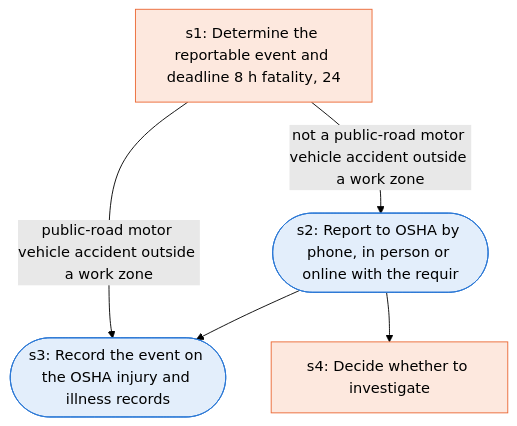
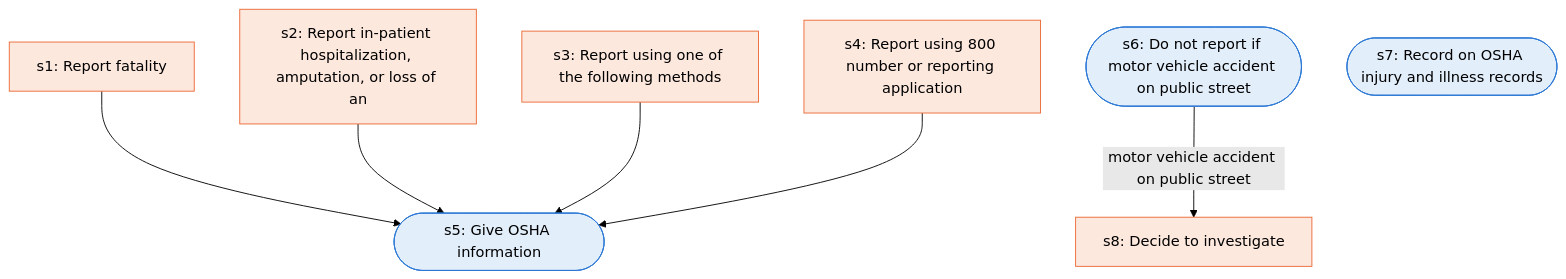
One commit to Jitesh-Mishra/sop-to-agent-workflows changed the diagram in docs/runbooks/osha_severe_injury_reporting.md. Above: the diagram before and after it, drawn with Mermaid (forest theme). The commit also changed other lines of this file and 172 other files, not shown here.

````diff
--- a/docs/runbooks/osha_severe_injury_reporting.md
+++ b/docs/runbooks/osha_severe_injury_reporting.md
@@ -7,15 +7,20 @@
 ```mermaid
 flowchart TD
-  s1["s1: Determine the reportable event and deadline 8 h fatality, 24"]
-  s2(["s2: Report to OSHA by phone, in person or online with the requir"])
-  s3(["s3: Record the event on the OSHA injury and illness records"])
-  s4["s4: Decide whether to investigate"]
-  s1 -->|not a public-road motor vehicle accident outside a work zone| s2
-  s1 -->|public-road motor vehicle accident outside a work zone| s3
-  s2 --> s3
-  s2 --> s4
+  s1["s1: Report fatality"]
+  s2["s2: Report in-patient hospitalization, amputation, or loss of an"]
+  s3["s3: Report using one of the following methods"]
+  s4["s4: Report using 800 number or reporting application"]
+  s5(["s5: Give OSHA information"])
+  s6(["s6: Do not report if motor vehicle accident on public street"])
+  s7(["s7: Record on OSHA injury and illness records"])
+  s8["s8: Decide to investigate"]
+  s1 --> s5
+  s2 --> s5
+  s3 --> s5
+  s4 --> s5
+  s6 -->|motor vehicle accident on public street| s8
   classDef agent fill:#e3eefb,stroke:#2a78d6
   classDef human fill:#fde8de,stroke:#eb6834
-  class s2,s3 agent
-  class s1,s4 human
+  class s5,s6,s7 agent
+  class s1,s2,s3,s4,s8 human
 ```
````
